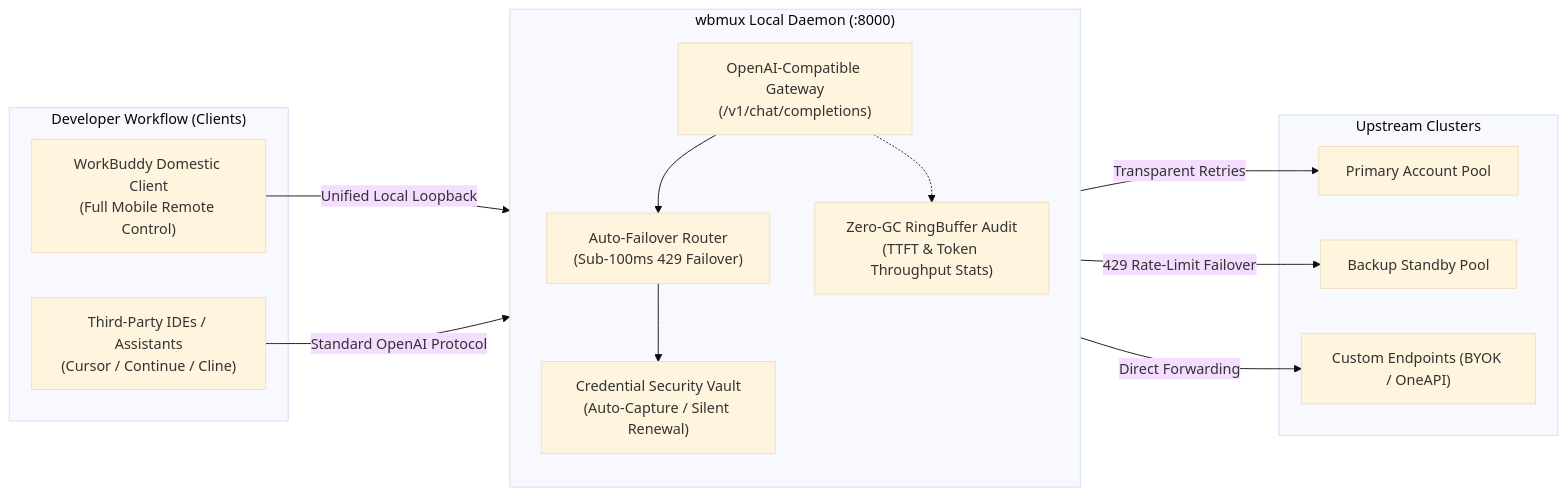
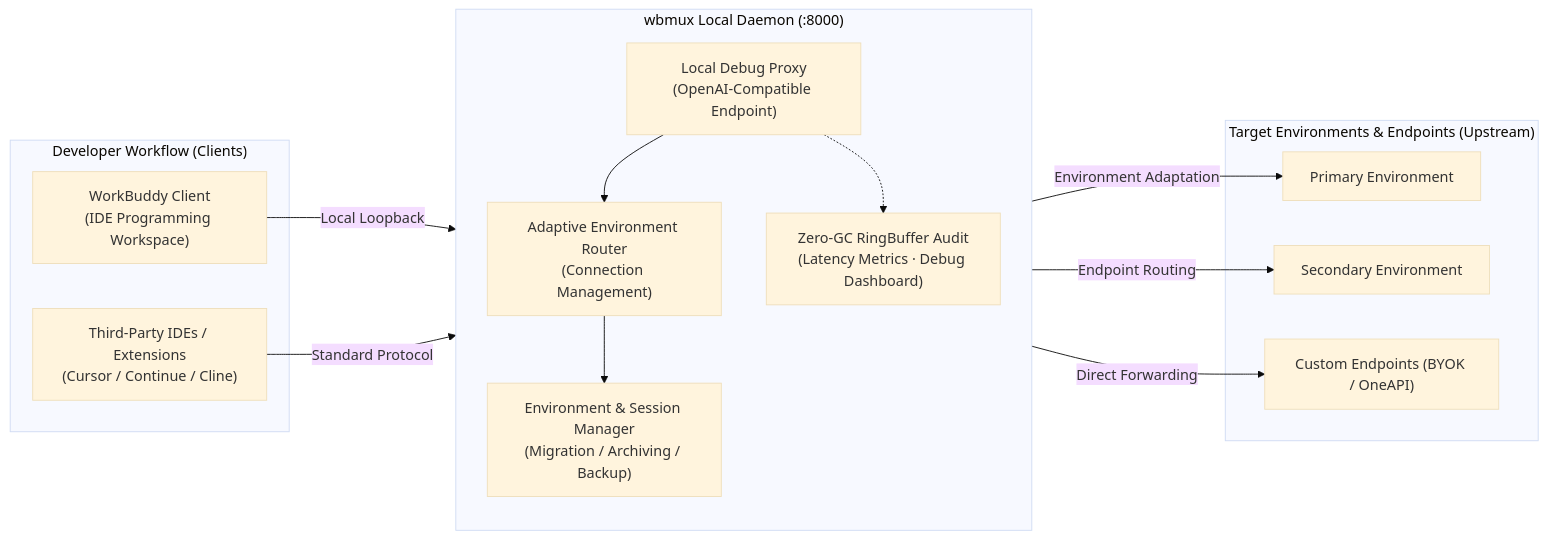
Before and after one commit to HMuSeaB/wbmux: the diagram in README_EN.md, drawn with Mermaid (base theme). The commit also changed other lines of this file and 1 other file, not shown here.

Commit message:
docs: sanitize public README and reposition as developer workspace suite

````diff
--- a/README_EN.md
+++ b/README_EN.md
@@ -59,31 +59,31 @@
 ```mermaid
 graph LR
     subgraph Clients["Developer Workflow (Clients)"]
-        CB["WorkBuddy Domestic Client<br/>(Full Mobile Remote Control)"]
-        IDE["Third-Party IDEs / Assistants<br/>(Cursor / Continue / Cline)"]
+        CB["WorkBuddy Client<br/>(IDE Programming Workspace)"]
+        IDE["Third-Party IDEs / Extensions<br/>(Cursor / Continue / Cline)"]
     end
 
     subgraph wbmux["wbmux Local Daemon (:8000)"]
         direction TB
-        GW["OpenAI-Compatible Gateway<br/>(/v1/chat/completions)"]
-        AUTH["Credential Security Vault<br/>(Auto-Capture / Silent Renewal)"]
-        ROUTER["Auto-Failover Router<br/>(Sub-100ms 429 Failover)"]
-        AUDIT["Zero-GC RingBuffer Audit<br/>(TTFT & Token Throughput Stats)"]
+        GW["Local Debug Proxy<br/>(OpenAI-Compatible Endpoint)"]
+        CONF["Environment & Session Manager<br/>(Migration / Archiving / Backup)"]
+        ROUTER["Adaptive Environment Router<br/>(Connection Management)"]
+        AUDIT["Zero-GC RingBuffer Audit<br/>(Latency Metrics · Debug Dashboard)"]
         
         GW --> ROUTER
-        ROUTER --> AUTH
+        ROUTER --> CONF
         GW -.-> AUDIT
     end
 
-    subgraph Upstream["Upstream Clusters"]
-        ACC_P["Primary Account Pool"]
-        ACC_B["Backup Standby Pool"]
+    subgraph Upstream["Target Environments & Endpoints (Upstream)"]
+        ENV_A["Primary Environment"]
+        ENV_B["Secondary Environment"]
         BYOK["Custom Endpoints (BYOK / OneAPI)"]
     end
 
-    CB -->|"Unified Local Loopback"| GW
-    IDE -->|"Standard OpenAI Protocol"| GW
-    ROUTER -->|"Transparent Retries"| ACC_P
-    ROUTER -->|"429 Rate-Limit Failover"| ACC_B
+    CB -->|"Local Loopback"| GW
+    IDE -->|"Standard Protocol"| GW
+    ROUTER -->|"Environment Adaptation"| ENV_A
+    ROUTER -->|"Endpoint Routing"| ENV_B
     ROUTER -->|"Direct Forwarding"| BYOK
 ```
````
